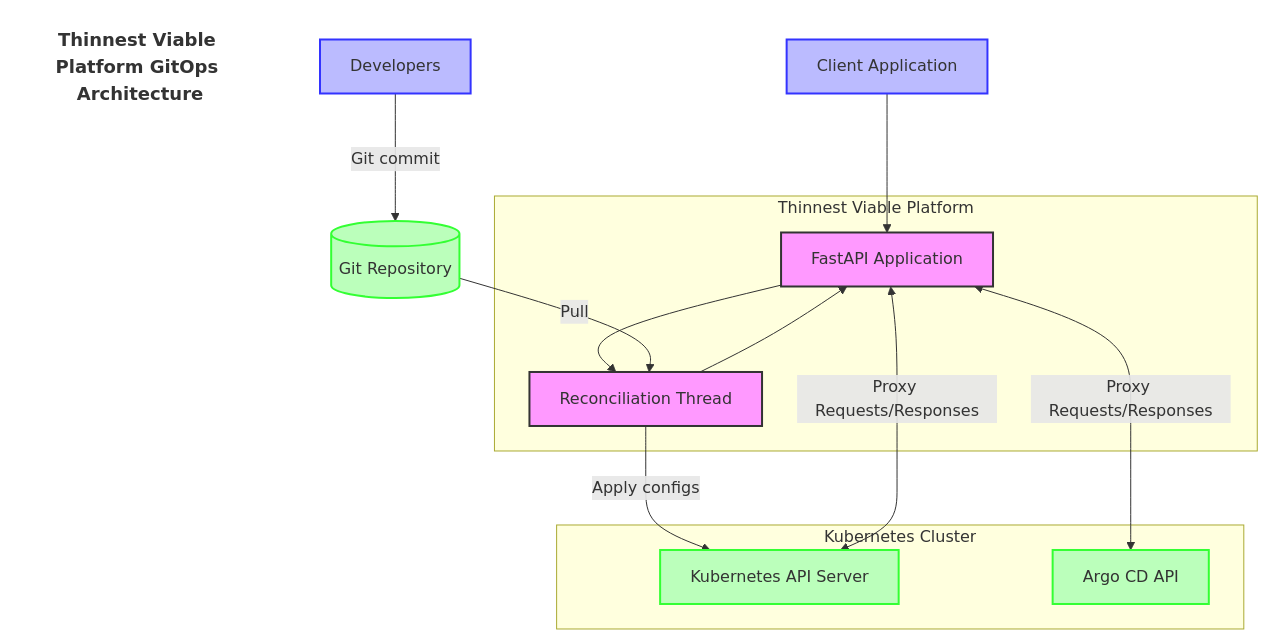
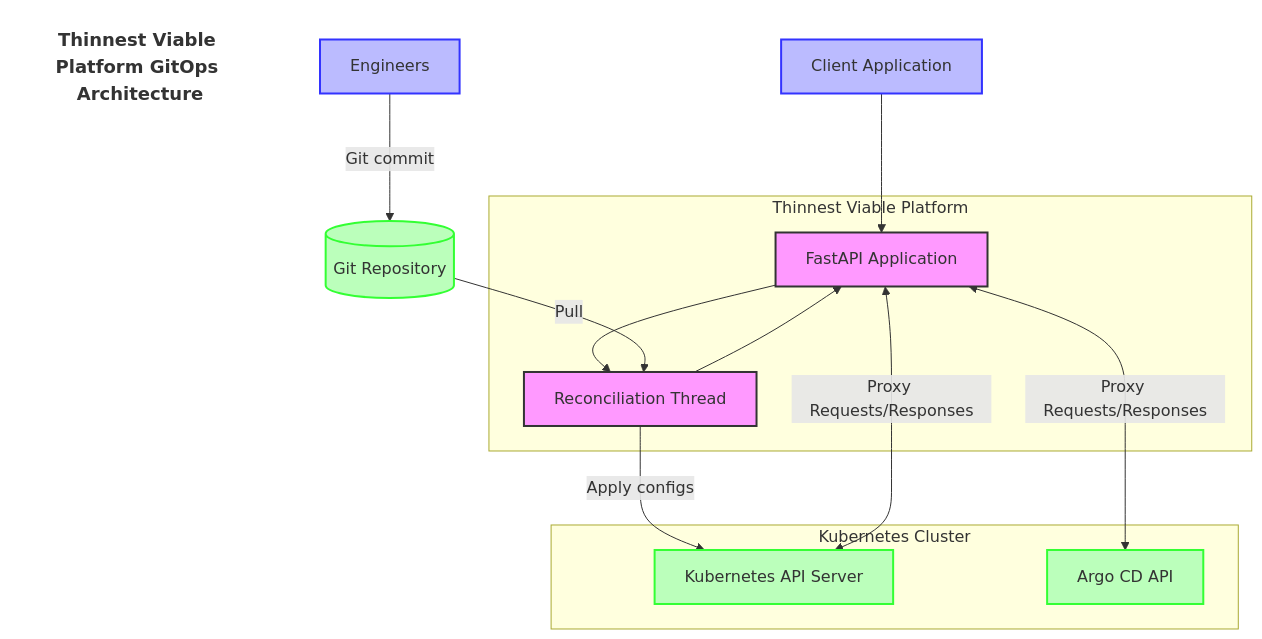
Before and after one commit to lloydchang/tvp-k8s: the diagram in fastapi/mermaid/tvp-gitops-architecture-diagram.mermaid, drawn with Mermaid.

```diff
--- a/fastapi/mermaid/tvp-gitops-architecture-diagram.mermaid
+++ b/fastapi/mermaid/tvp-gitops-architecture-diagram.mermaid
@@ -1,31 +1,31 @@
 flowchart TB
     title[Thinnest Viable Platform GitOps Architecture]
     style title fill:none,stroke:none,font-size:18px,font-weight:bold
     subgraph "Thinnest Viable Platform"
         API[FastAPI Application]
         RT[Reconciliation Thread]
         
         API --> RT
         RT --> API
     end
     
-    Dev[Developers] -->|Git commit| GitRepo[(Git Repository)]
+    Eng[Engineers] -->|Git commit| GitRepo[(Git Repository)]
     GitRepo -->|Pull| RT
     RT -->|Apply configs| KubernetesAPI
     
     subgraph "Kubernetes Cluster"
         KubernetesAPI[Kubernetes API Server]
         ArgoCD[Argo CD API]
     end
     
     Client[Client Application] --> API
     API <-->|Proxy Requests/Responses| KubernetesAPI
     API <-->|Proxy Requests/Responses| ArgoCD
     
     classDef platform fill:#f9f,stroke:#333,stroke-width:2px
     classDef external fill:#bfb,stroke:#3f3,stroke-width:2px
     classDef user fill:#bbf,stroke:#33f,stroke-width:2px
     
     class API,RT platform
     class KubernetesAPI,ArgoCD,GitRepo external
-    class Dev,Client user
+    class Eng,Client user
```
